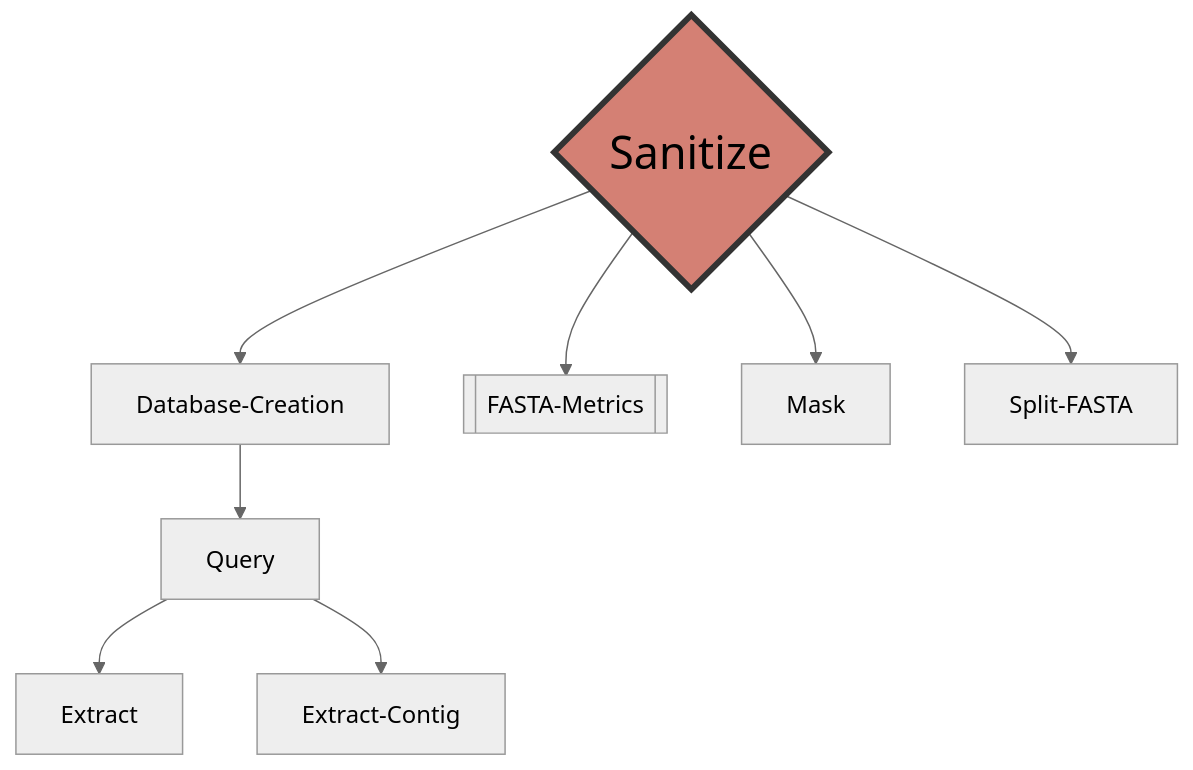
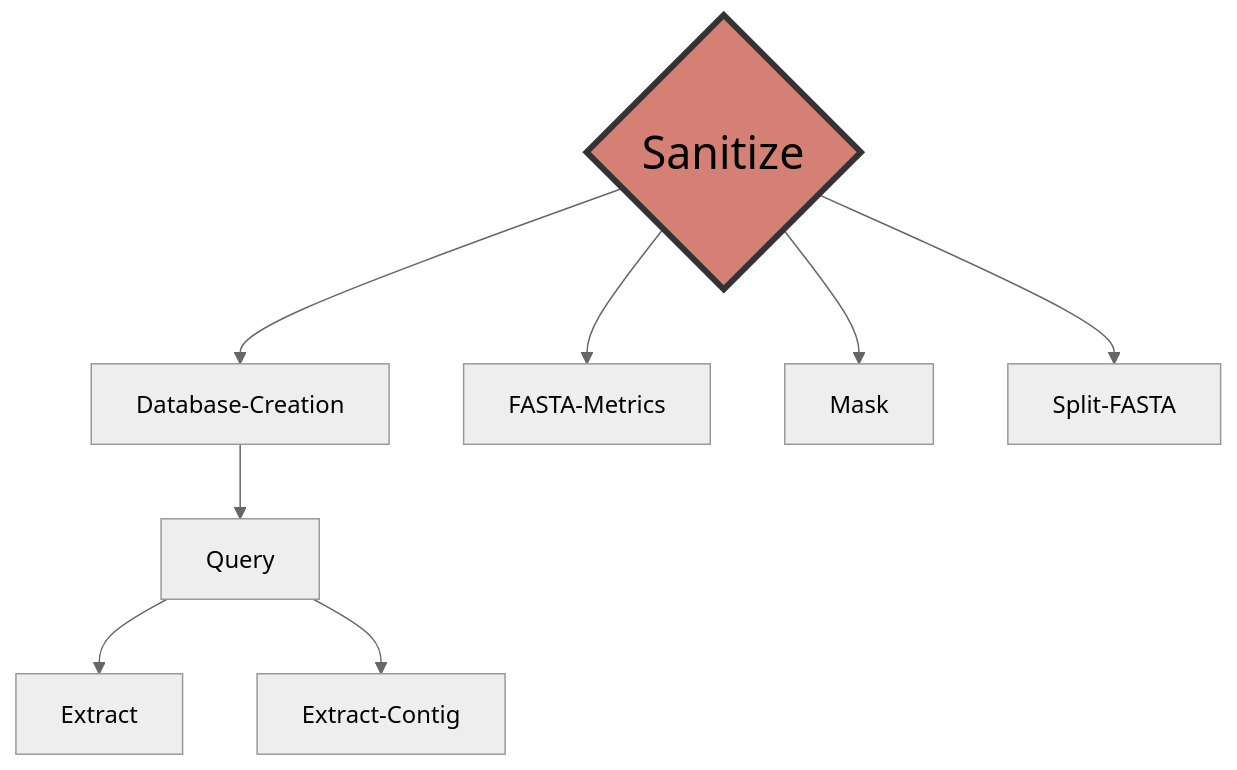
The diagram in README.md (ERBringHorvath/SeqForge), drawn with Mermaid (neutral theme) before and after one commit.

````diff
--- a/README.md
+++ b/README.md
@@ -79,13 +79,13 @@
 ```mermaid
 graph TD;
-    A{Sanitize}-->Database-Creation;
-    Database-Creation-->Query;
-    Query-->Extract;
-    Query-->Extract-Contig;
-    A{Sanitize}-->B[[FASTA-Metrics]];
-    A{Sanitize}-->Mask;
-    A{Sanitize}-->Split-FASTA;
+    A{Sanitize}-->B[Database-Creation];
+    B[Database-Creation]-->C[Query];
+    C[Query]-->D[Extract];
+    C[Query]-->E[Extract-Contig];
+    A{Sanitize}-->F[FASTA-Metrics];
+    A{Sanitize}-->G[Mask];
+    A{Sanitize}-->H[Split-FASTA];
 
     %% Custom style for Sanitize node
     style A fill:#d48074,stroke:#333,stroke-width:4,font-size:30px
 ```
````
